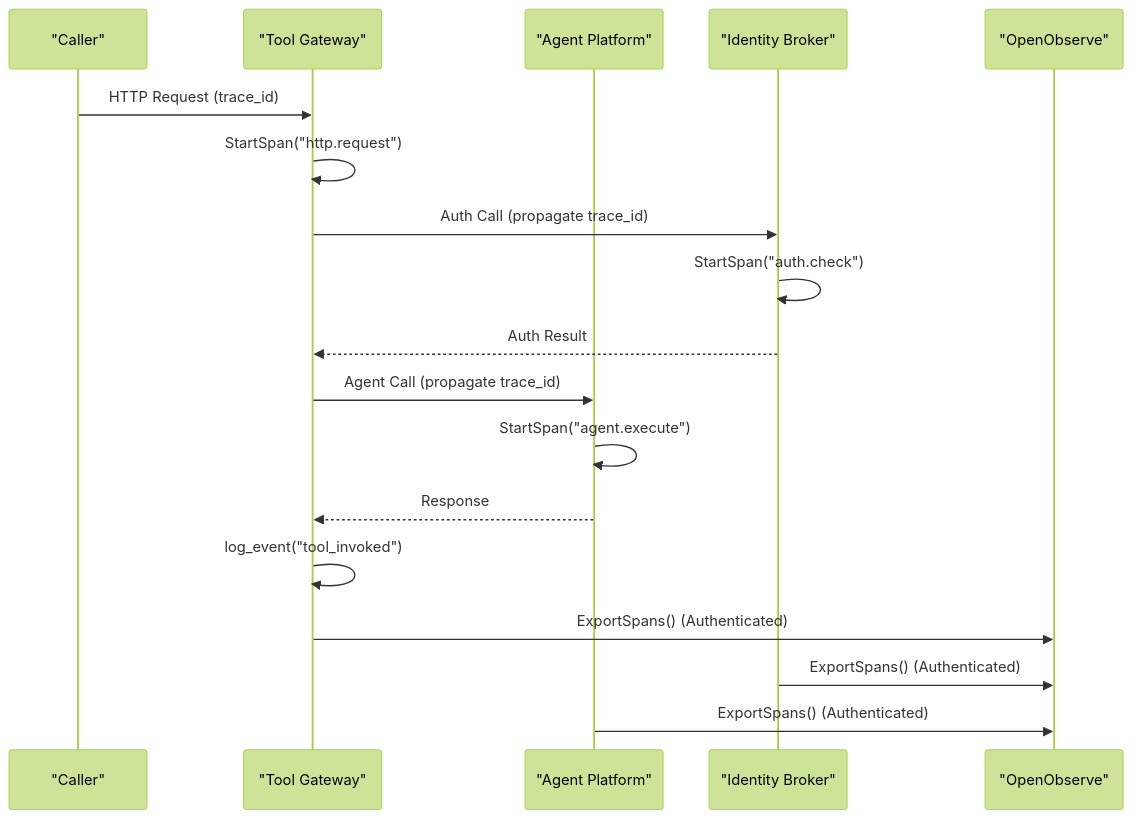
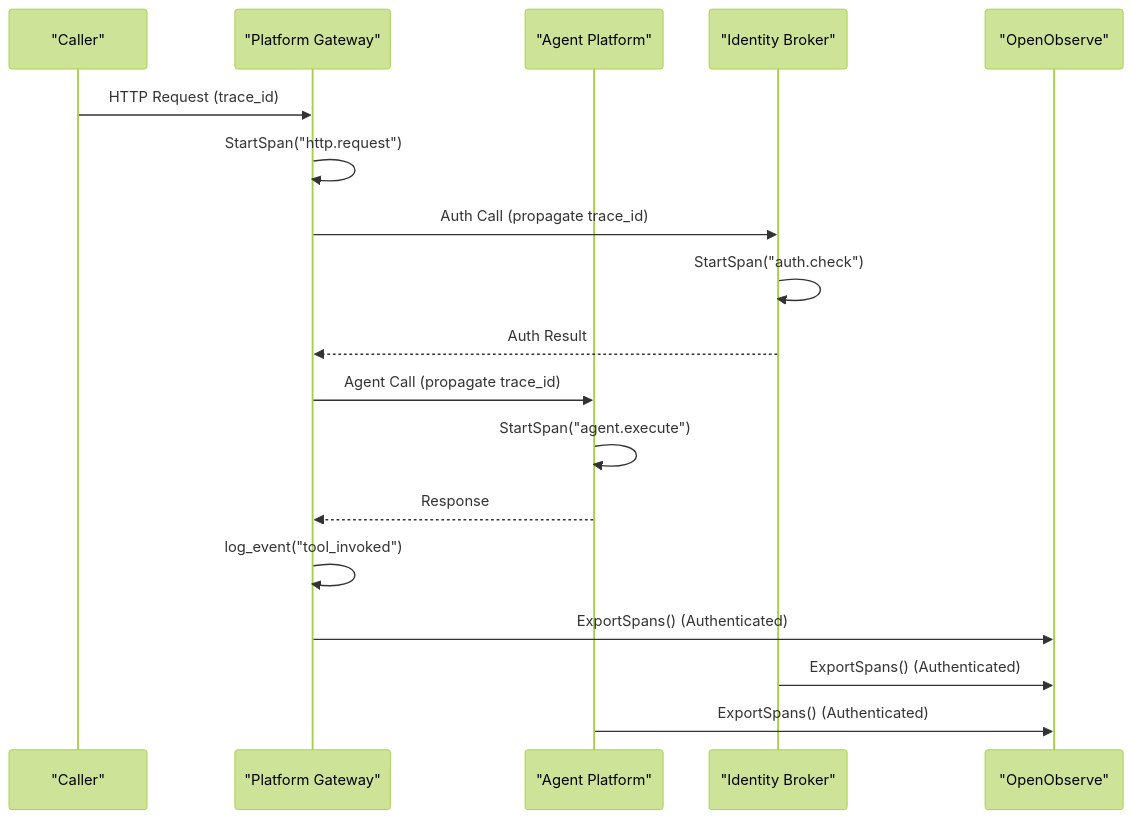
One commit to metasync/luban-aiops changed diagram 11 of 15 in .qoder/repowiki/en/content/Monitoring and Observability/Monitoring and Observability.md. Above: the diagram before and after it, drawn with Mermaid (forest theme). The commit also changed other lines of this file and 6 other files, not shown here.

````diff
--- a/.qoder/repowiki/en/content/Monitoring and Observability/Monitoring and Observability.md
+++ b/.qoder/repowiki/en/content/Monitoring and Observability/Monitoring and Observability.md
@@ -601,20 +666,20 @@
 ```mermaid
 sequenceDiagram
 participant Caller as "Caller"
-participant Gateway as "Tool Gateway"
+participant Gateway as "Platform Gateway"
 participant Agent as "Agent Platform"
 participant Identity as "Identity Broker"
 participant OpenObserve as "OpenObserve"
 Caller->>Gateway : HTTP Request (trace_id)
 Gateway->>Gateway : StartSpan("http.request")
 Gateway->>Identity : Auth Call (propagate trace_id)
 Identity->>Identity : StartSpan("auth.check")
 Identity-->>Gateway : Auth Result
 Gateway->>Agent : Agent Call (propagate trace_id)
 Agent->>Agent : StartSpan("agent.execute")
 Agent-->>Gateway : Response
 Gateway->>Gateway : log_event("tool_invoked")
 Gateway->>OpenObserve : ExportSpans() (Authenticated)
 Identity->>OpenObserve : ExportSpans() (Authenticated)
 Agent->>OpenObserve : ExportSpans() (Authenticated)
 ```
````
